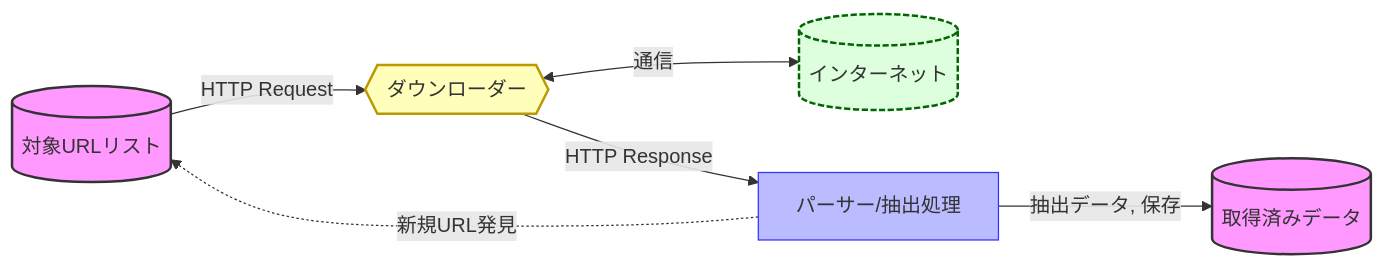
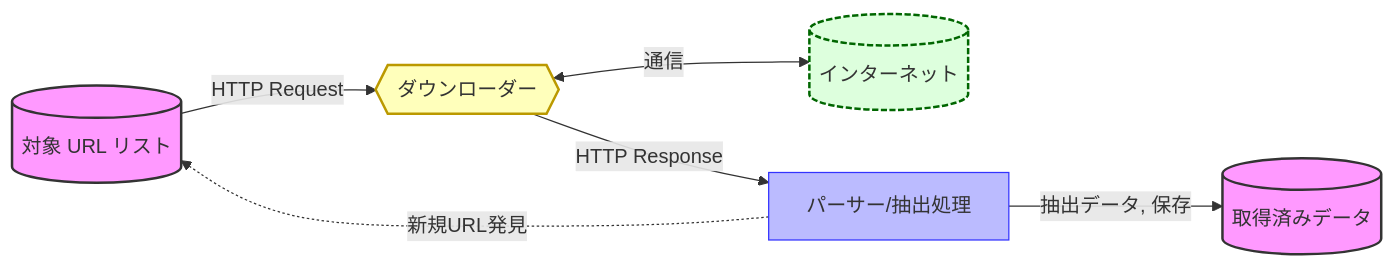
Before and after one commit to marufeuille/hugo: the first of 2 diagrams in content/posts/20250413_zyte_introduction/index.md, drawn with Mermaid. The commit also changed other lines of this file and 2 other files, not shown here.

````diff
--- a/content/posts/20250413_zyte_introduction/index.md
+++ b/content/posts/20250413_zyte_introduction/index.md
@@ -18,26 +18,27 @@
-```mermaid
+{{< mermaid >}}
 flowchart LR
-    %% データストアの定義
-    urlDB[(対象URLリスト)]:::datastore
-    resultDB[(取得済みデータ)]:::datastore
+%% データストアの定義
+urlDB[(対象 URL リスト)]:::datastore
+resultDB[(取得済みデータ)]:::datastore
 
     %% 処理の定義
     downloader{{ダウンローダー}}:::downloader
     parser[パーサー/抽出処理]:::process
 
     %% 外部エンティティ
     internet[("インターネット")]:::external
 
     %% データフロー
     urlDB -->|HTTP Request| downloader
     downloader <-->|通信| internet
     downloader -->|HTTP Response| parser
     parser -->|抽出データ, 保存| resultDB
     parser -.->|新規URL発見| urlDB
 
     %% スタイル定義
     classDef datastore fill:#f9f,stroke:#333,stroke-width:2px
     classDef process fill:#bbf,stroke:#33f,stroke-width:1px
     classDef downloader fill:#ffb,stroke:#b90,stroke-width:2px
     classDef external fill:#dfd,stroke:#060,stroke-width:2px,stroke-dasharray: 5 2
-```
+
+{{< /mermaid >}}
````
